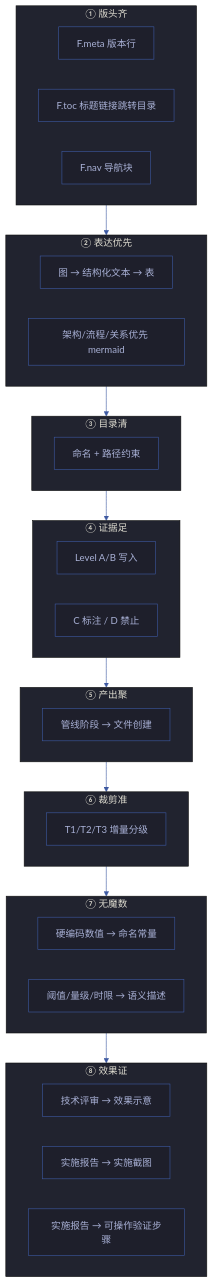
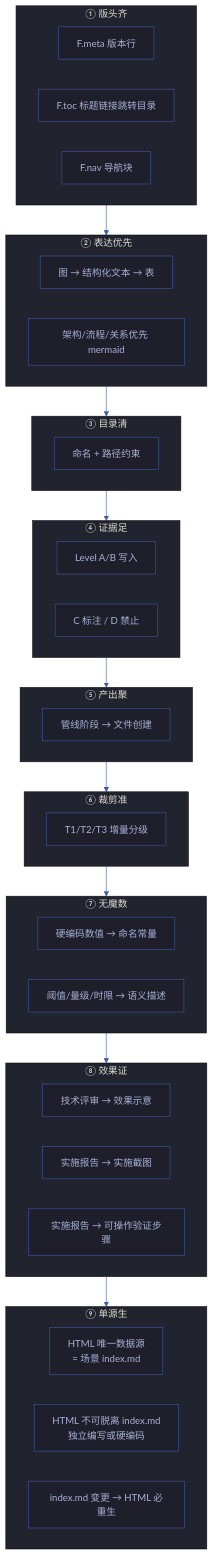
Before and after one commit to effiy/YrY: the first of 10 diagrams in rules/doc-generation.md, drawn with Mermaid. The commit also changed other lines of this file and 88 other files, not shown here.

````diff
--- a/rules/doc-generation.md
+++ b/rules/doc-generation.md
@@ -32,46 +32,57 @@
 ```mermaid
 %%{init: {'theme': 'base', 'themeVariables': {
   'primaryColor': '#1e1f2b',
   'primaryTextColor': '#a9b1d6',
   'primaryBorderColor': '#3d59a1',
   'lineColor': '#3d59a1',
   'secondaryColor': '#2b2d3b',
   'tertiaryColor': '#21232f'
 }}}%%
 flowchart TB
     subgraph C1["① 版头齐"]
         H1["F.meta 版本行"]:::c
         H2["F.toc 标题链接跳转目录"]:::c
         H3["F.nav 导航块"]:::c
     end
     subgraph C2["② 表达优先"]
         G1["图 → 结构化文本 → 表"]:::c
         G2["架构/流程/关系优先 mermaid"]:::c
     end
     subgraph C3["③ 目录清"]
         D1["命名 + 路径约束"]:::c
     end
     subgraph C4["④ 证据足"]
         E1["Level A/B 写入"]:::c
         E2["C 标注 / D 禁止"]:::c
     end
     subgraph C5["⑤ 产出聚"]
         O1["管线阶段 → 文件创建"]:::c
     end
     subgraph C6["⑥ 裁剪准"]
         T1["T1/T2/T3 增量分级"]:::c
     end
     subgraph C7["⑦ 无魔数"]
         N1["硬编码数值 → 命名常量"]:::c
         N2["阈值/量级/时限 → 语义描述"]:::c
     end
     subgraph C8["⑧ 效果证"]
         V1["技术评审 → 效果示意"]:::c
         V2["实施报告 → 实施截图"]:::c
         V3["实施报告 → 可操作验证步骤"]:::c
     end
 
-    C1 --> C2 --> C3 --> C4 --> C5 --> C6 --> C7 --> C8
+    C1 --> C2 --> C3 --> C4 --> C5 --> C6 --> C7 --> C8 --> C9
+
+    subgraph C8["⑧ 效果证"]
+        V1["技术评审 → 效果示意"]:::c
+        V2["实施报告 → 实施截图"]:::c
+        V3["实施报告 → 可操作验证步骤"]:::c
+    end
+    subgraph C9["⑨ 单源生"]
+        S1["HTML 唯一数据源<br/>= 场景 index.md"]:::c
+        S2["HTML 不可脱离 index.md<br/>独立编写或硬编码"]:::c
+        S3["index.md 变更 → HTML 必重生"]:::c
+    end
 
 
 ```
````
